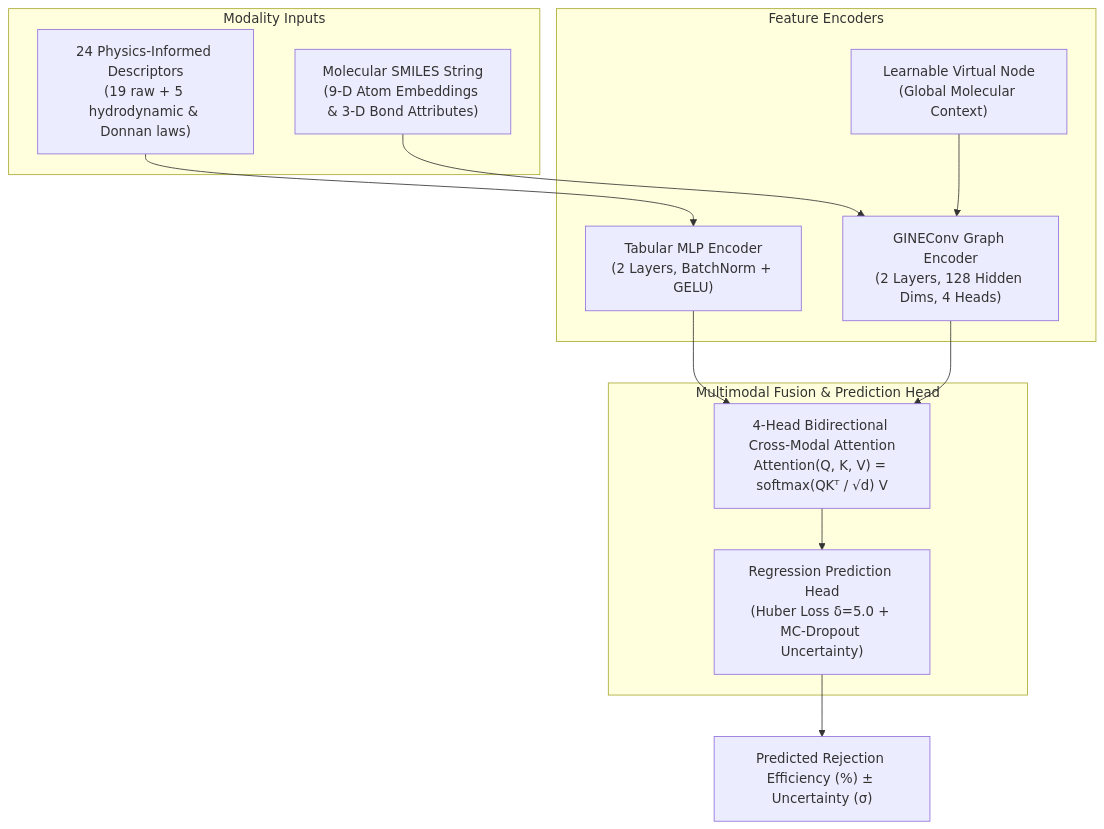
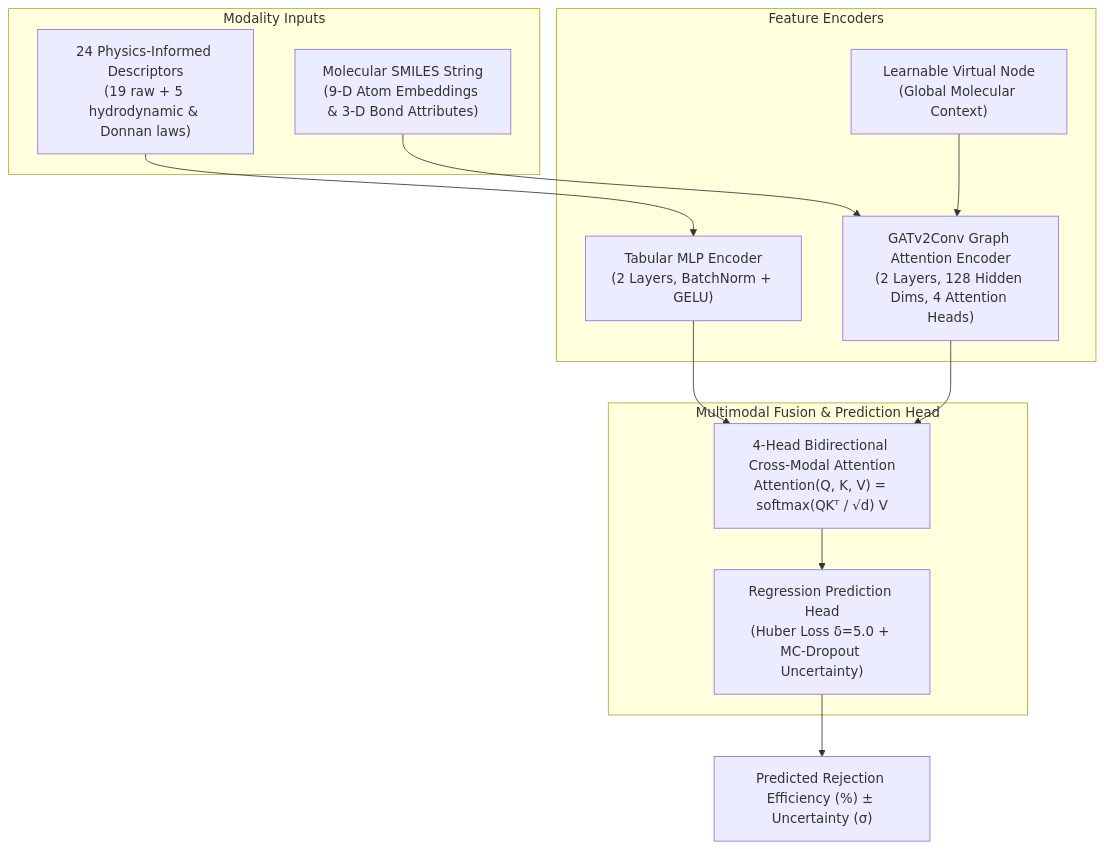
One commit to Binaryblaze64/fml_final changed the diagram in README.md. Above: the diagram before and after it, drawn with Mermaid. The commit also changed other lines of this file and 4 other files, not shown here.

Commit message:
fix: align architecture descriptions to GATv2, refine mixture uncertainty estimation, and clarify monotonicity framing

````diff
--- a/README.md
+++ b/README.md
@@ -38,20 +38,20 @@
 ```mermaid
 flowchart TD
     subgraph Modality Inputs
         A1["24 Physics-Informed Descriptors<br>(19 raw + 5 hydrodynamic & Donnan laws)"]
         A2["Molecular SMILES String<br>(9-D Atom Embeddings & 3-D Bond Attributes)"]
     end
 
     subgraph Feature Encoders
         A1 --> TabEnc["Tabular MLP Encoder<br>(2 Layers, BatchNorm + GELU)"]
-        VN["Learnable Virtual Node<br>(Global Molecular Context)"] --> GINE
-        A2 --> GINE["GINEConv Graph Encoder<br>(2 Layers, 128 Hidden Dims, 4 Heads)"]
+        VN["Learnable Virtual Node<br>(Global Molecular Context)"] --> GAT
+        A2 --> GAT["GATv2Conv Graph Attention Encoder<br>(2 Layers, 128 Hidden Dims, 4 Attention Heads)"]
     end
 
     subgraph Multimodal Fusion & Prediction Head
-        TabEnc & GINE --> CrossAttn["4-Head Bidirectional Cross-Modal Attention<br>Attention(Q, K, V) = softmax(QKᵀ / √d) V"]
+        TabEnc & GAT --> CrossAttn["4-Head Bidirectional Cross-Modal Attention<br>Attention(Q, K, V) = softmax(QKᵀ / √d) V"]
         CrossAttn --> PredHead["Regression Prediction Head<br>(Huber Loss δ=5.0 + MC-Dropout Uncertainty)"]
     end
 
     PredHead --> Output["Predicted Rejection Efficiency (%) ± Uncertainty (σ)"]
 ```
````
